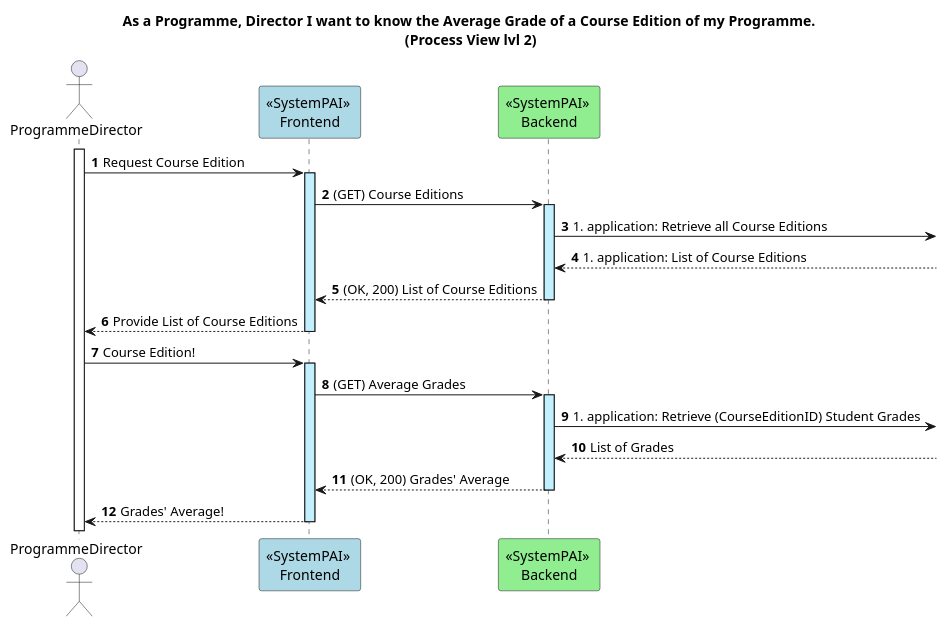
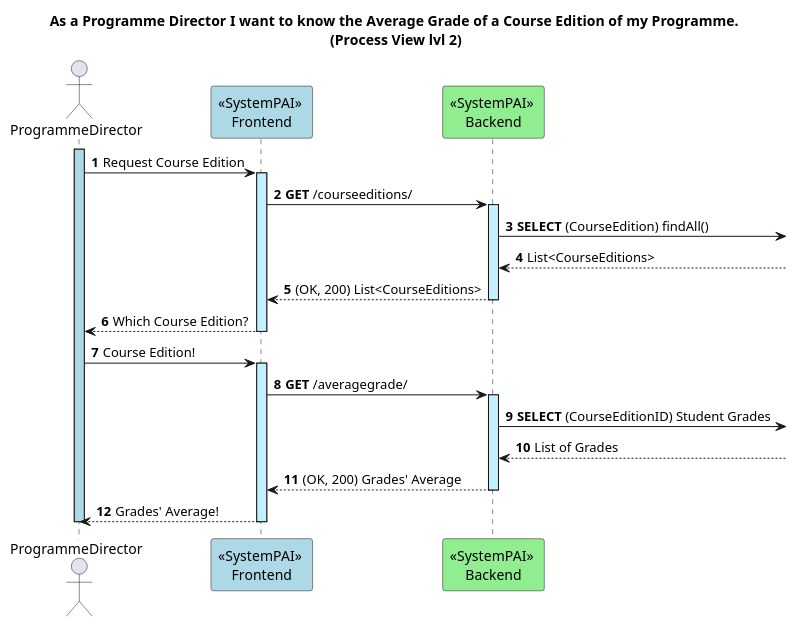
The diagram in docs/US25/REST_API/ProcessView/Level2.puml (GasparISEP/DevOps-PAI), drawn with PlantUML before and after one commit.

Commit message:
Update Level2 ProcessView Diagram with new insights. Refs #579

```diff
--- a/docs/US25/REST_API/ProcessView/Level2.puml
+++ b/docs/US25/REST_API/ProcessView/Level2.puml
@@ -1,26 +1,27 @@
 @startuml
 
 autonumber
 
-title As a Programme, Director I want to know the Average Grade of a Course Edition of my Programme. \n(Process View lvl 2)
+title As a Programme Director I want to know the Average Grade of a Course Edition of my Programme. \n(Process View lvl 2)
 
 actor ProgrammeDirector as PD
 participant "<<SystemPAI>> \nFrontend" as FE #lightblue
 participant "<<SystemPAI>> \nBackend" as BE #lightgreen
 
-activate PD
+activate PD #lightblue
 PD -> FE ++ #application : Request Course Edition
-FE -> BE ++ #application: (GET) Course Editions
-BE -> : #application: Retrieve all Course Editions
-BE <-- : #application: List of Course Editions
-BE --> FE --: (OK, 200) List of Course Editions
-FE --> PD --: Provide List of Course Editions
+FE -> BE ++ #application: **GET** /courseeditions/
+BE -> : **SELECT** (CourseEdition) findAll()
+BE <-- : List<CourseEditions>
+BE --> FE --: (OK, 200) List<CourseEditions>
+FE --> PD --: Which Course Edition?
 
 PD -> FE ++ #application: Course Edition!
-FE -> BE ++ #application: (GET) Average Grades
-BE ->  : #application: Retrieve (CourseEditionID) Student Grades
+FE -> BE ++ #application: **GET** /averagegrade/
+BE ->  : **SELECT** (CourseEditionID) Student Grades
 BE <-- : List of Grades
 BE --> FE --: (OK, 200) Grades' Average
 FE --> PD --: Grades' Average!
+deactivate PD
 
 @enduml
```
